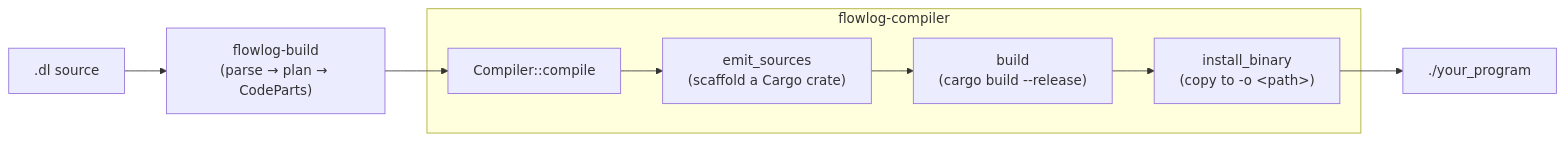
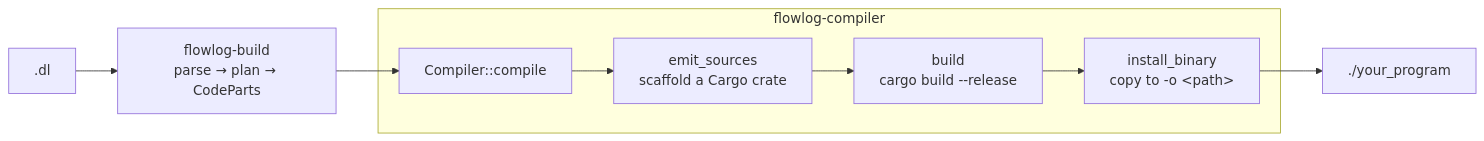
Before and after one commit to flowlog-rs/flowlog: the diagram in crates/flowlog-compiler/README.md, drawn with Mermaid. The commit also changed other lines of this file and 12 other files, not shown here.

````diff
--- a/crates/flowlog-compiler/README.md
+++ b/crates/flowlog-compiler/README.md
@@ -14,11 +7,10 @@
 ```mermaid
 flowchart LR
-    DL[".dl source"] --> FB["flowlog-build<br/>(parse → plan → CodeParts)"]
-    FB --> CMP["Compiler::compile"]
-    subgraph this_crate["flowlog-compiler"]
-        CMP --> EM["emit_sources<br/>(scaffold a Cargo crate)"]
-        EM --> CB["build<br/>(cargo build --release)"]
-        CB --> INST["install_binary<br/>(copy to -o &lt;path&gt;)"]
+    dl[".dl"] --> fb["flowlog-build<br/>parse → plan → CodeParts"] --> cmp[Compiler::compile]
+    subgraph this["flowlog-compiler"]
+        cmp --> em[emit_sources<br/>scaffold a Cargo crate]
+        em --> cb[build<br/>cargo build --release]
+        cb --> inst[install_binary<br/>copy to -o &lt;path&gt;]
     end
-    INST --> EXE["./your_program"]
+    inst --> exe[./your_program]
 ```
````
